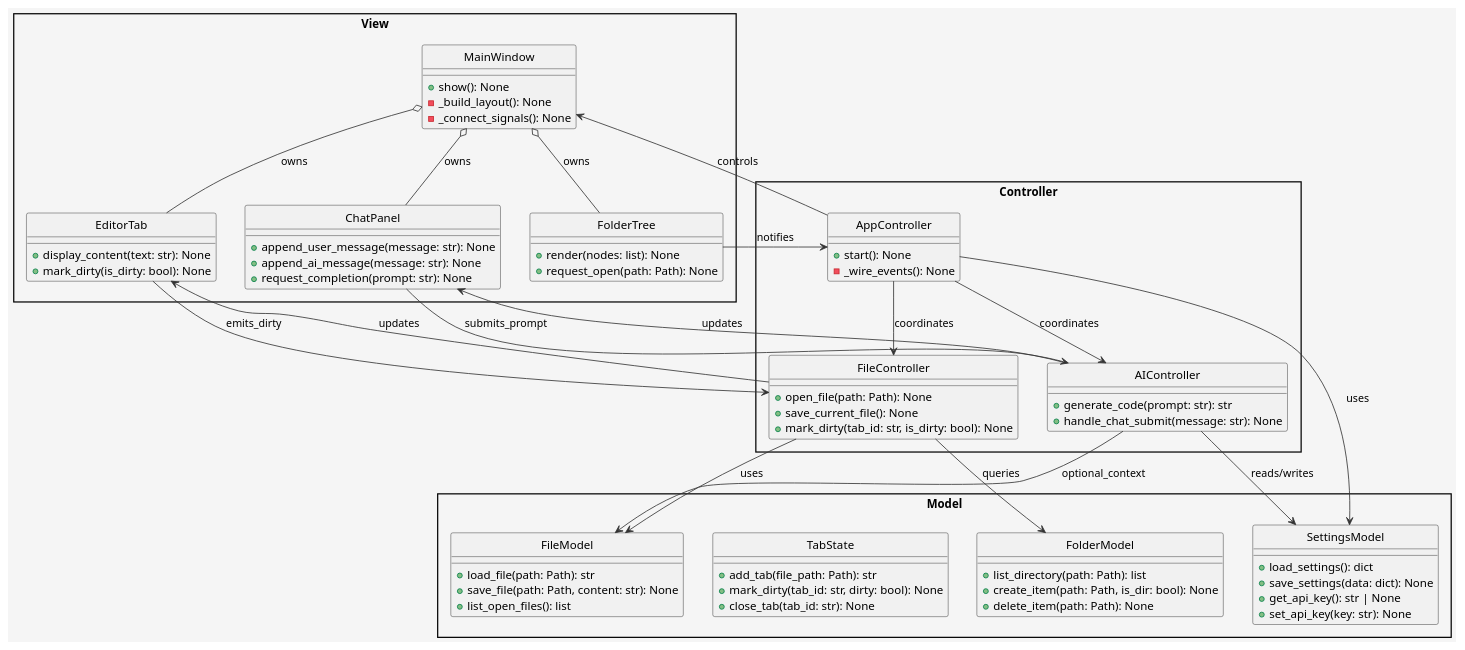
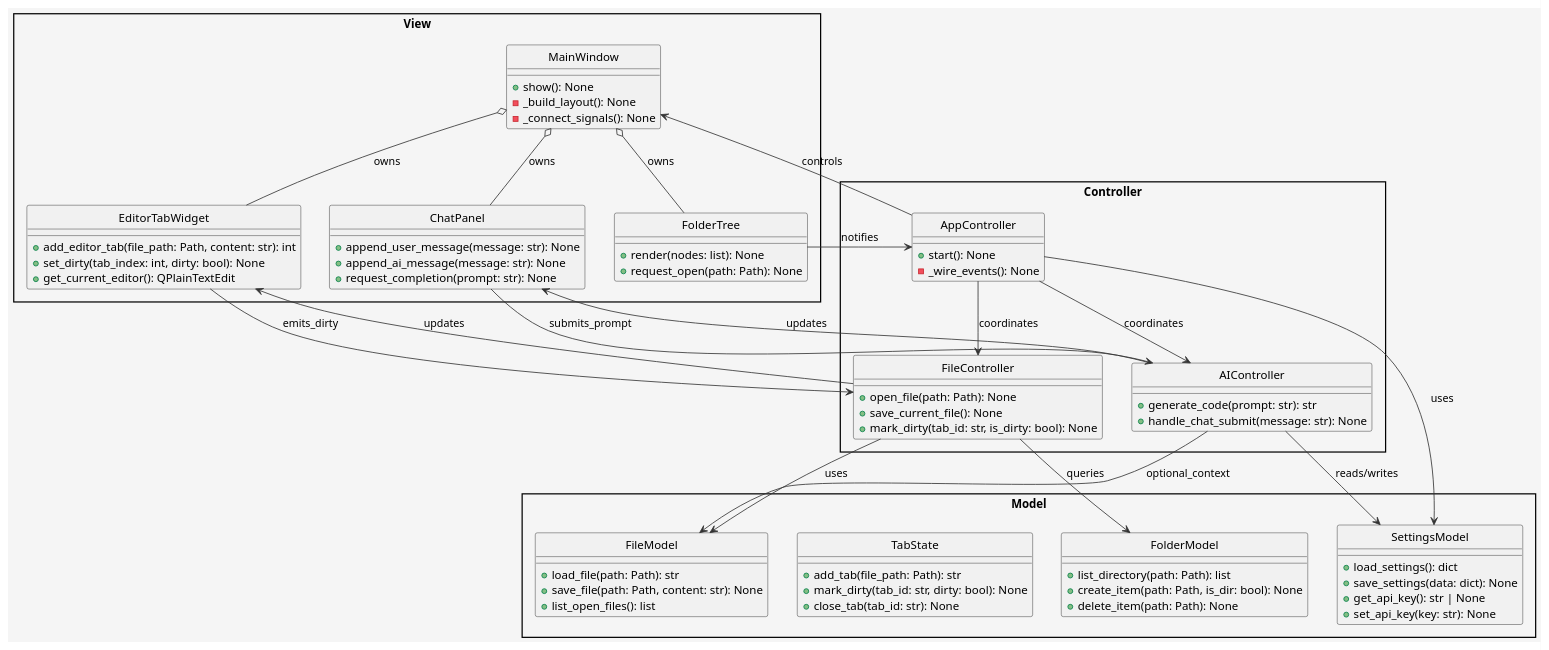
Before and after one commit to tt2tt/my_editor: the diagram in design/architecture.puml, drawn with PlantUML. The commit also changed 6 other files, not shown here.

```diff
--- a/design/architecture.puml
+++ b/design/architecture.puml
@@ -1,100 +1,101 @@
 @startuml ArchitectureDiagram
 ' MVC構造のクラス図。ControllerがModelとView間の仲介を行う。
 skinparam style strictuml
 skinparam packageStyle rectangle
 skinparam backgroundColor #f5f5f5
 skinparam ArrowColor #333333
 skinparam ArrowThickness 1
 skinparam defaultTextAlignment center
 
 package "Model" {
   class FileModel {
     +load_file(path: Path): str
     +save_file(path: Path, content: str): None
     +list_open_files(): list
   }
 
   class FolderModel {
     +list_directory(path: Path): list
     +create_item(path: Path, is_dir: bool): None
     +delete_item(path: Path): None
   }
 
   class TabState {
     +add_tab(file_path: Path): str
     +mark_dirty(tab_id: str, dirty: bool): None
     +close_tab(tab_id: str): None
   }
 
   class SettingsModel {
     +load_settings(): dict
     +save_settings(data: dict): None
     +get_api_key(): str | None
     +set_api_key(key: str): None
   }
 }
 
 package "View" {
   class MainWindow {
     +show(): None
     -_build_layout(): None
     -_connect_signals(): None
   }
 
-  class EditorTab {
-    +display_content(text: str): None
-    +mark_dirty(is_dirty: bool): None
+  class EditorTabWidget {
+    +add_editor_tab(file_path: Path, content: str): int
+    +set_dirty(tab_index: int, dirty: bool): None
+    +get_current_editor(): QPlainTextEdit
   }
 
   class FolderTree {
     +render(nodes: list): None
     +request_open(path: Path): None
   }
 
   class ChatPanel {
     +append_user_message(message: str): None
     +append_ai_message(message: str): None
     +request_completion(prompt: str): None
   }
 }
 
 package "Controller" {
   class AppController {
     +start(): None
     -_wire_events(): None
   }
 
   class FileController {
     +open_file(path: Path): None
     +save_current_file(): None
     +mark_dirty(tab_id: str, is_dirty: bool): None
   }
 
   class AIController {
     +generate_code(prompt: str): str
     +handle_chat_submit(message: str): None
   }
 }
 
 AppController --> MainWindow : controls
 AppController --> FileController : coordinates
 AppController --> AIController : coordinates
 AppController --> SettingsModel : uses
 
 FileController --> FileModel : uses
-FileController --> EditorTab : updates
+FileController --> EditorTabWidget : updates
 FileController --> FolderModel : queries
 
 AIController --> ChatPanel : updates
 AIController --> SettingsModel : reads/writes
 AIController --> FileModel : optional_context
 
-MainWindow o-- EditorTab : owns
+MainWindow o-- EditorTabWidget : owns
 MainWindow o-- FolderTree : owns
 MainWindow o-- ChatPanel : owns
 
 FolderTree --> AppController : notifies
-EditorTab --> FileController : emits_dirty
+EditorTabWidget --> FileController : emits_dirty
 ChatPanel --> AIController : submits_prompt
 
 @enduml
```
